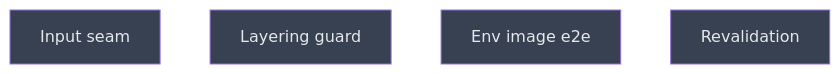
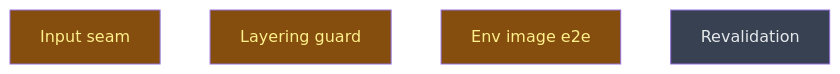
One commit to CrackingShells/Candler changed the diagram in __roadmap__/m2c-wire-alignment/consumers/closeout/README.md. Above: the diagram before and after it, drawn with Mermaid. The commit also changed other lines of this file and 2 other files, not shown here.

Commit message:
rdm(experiment): close the m2c consumers level and start the close-out
The four L1 leaves and a hardening round of eval_infra_origins landed.
On the merged tip the workspace passes 411 tests, LINUX and GOLDEN;
field_paths.toml lost exactly the retired treatment source row, and
G6d finds every provenance path described in R01. The three L2 leaves
are in progress.

````diff
--- a/__roadmap__/m2c-wire-alignment/consumers/closeout/README.md
+++ b/__roadmap__/m2c-wire-alignment/consumers/closeout/README.md
@@ -21,12 +21,12 @@
 ```mermaid
 graph TD
-    input_seam[Input seam]:::planned
-    layering_guard[Layering guard]:::planned
-    env_image_e2e[Env image e2e]:::planned
+    input_seam[Input seam]:::inprogress
+    layering_guard[Layering guard]:::inprogress
+    env_image_e2e[Env image e2e]:::inprogress
     revalidation[Revalidation]:::planned
     classDef done       fill:#166534,color:#bbf7d0
     classDef inprogress fill:#854d0e,color:#fef08a
     classDef planned    fill:#374151,color:#e5e7eb
     classDef amendment  fill:#1e3a5f,color:#bfdbfe
     classDef blocked    fill:#7f1d1d,color:#fecaca
 ```
````
